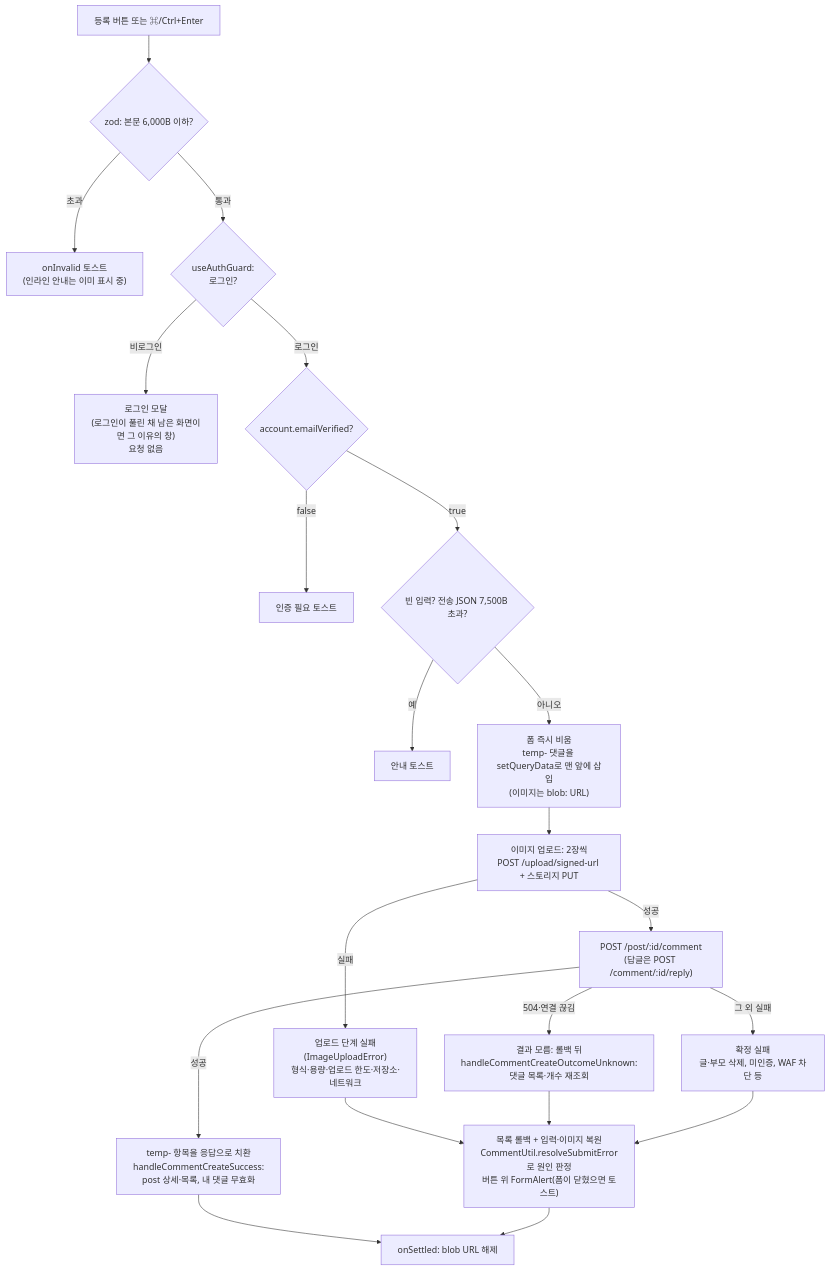
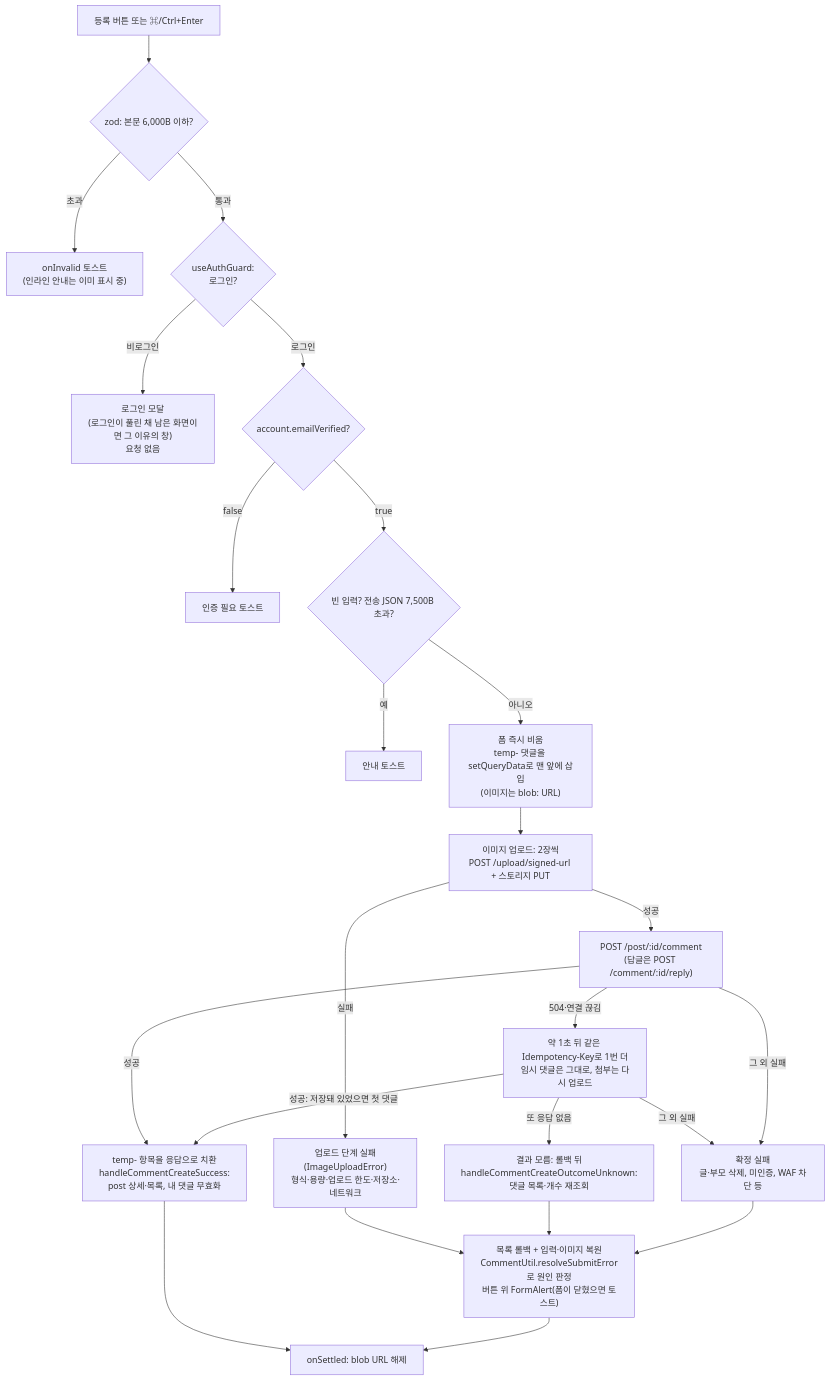
Before and after one commit to BAECHAN/link-sphere_FE_NEW: the diagram in docs/COMMENT.md, drawn with Mermaid. The commit also changed other lines of this file and 28 other files, not shown here.

````diff
--- a/docs/COMMENT.md
+++ b/docs/COMMENT.md
@@ -34,23 +34,26 @@
 ```mermaid
 flowchart TD
   Click["등록 버튼 또는 ⌘/Ctrl+Enter"] --> Zod{"zod: 본문 6,000B 이하?"}
   Zod -->|"초과"| TooLong["onInvalid 토스트<br/>(인라인 안내는 이미 표시 중)"]
   Zod -->|"통과"| Guard{"useAuthGuard:<br/>로그인?"}
   Guard -->|"비로그인"| LoginModal["로그인 모달<br/>(로그인이 풀린 채 남은 화면이면 그 이유의 창)<br/>요청 없음"]
   Guard -->|"로그인"| Verified{"account.emailVerified?"}
   Verified -->|"false"| VerifyToast["인증 필요 토스트"]
   Verified -->|"true"| Payload{"빈 입력? 전송 JSON 7,500B 초과?"}
   Payload -->|"예"| PayloadToast["안내 토스트"]
   Payload -->|"아니오"| Optimistic["폼 즉시 비움<br/>temp- 댓글을 setQueryData로 맨 앞에 삽입<br/>(이미지는 blob: URL)"]
   Optimistic --> Upload["이미지 업로드: 2장씩<br/>POST /upload/signed-url + 스토리지 PUT"]
   Upload -->|"실패"| UploadFail["업로드 단계 실패(ImageUploadError)<br/>형식·용량·업로드 한도·저장소·네트워크"]
   Upload -->|"성공"| Post["POST /post/:id/comment<br/>(답글은 POST /comment/:id/reply)"]
   Post -->|"성공"| Replace["temp- 항목을 응답으로 치환<br/>handleCommentCreateSuccess:<br/>post 상세·목록, 내 댓글 무효화"]
-  Post -->|"504·연결 끊김"| Unknown["결과 모름: 롤백 뒤<br/>handleCommentCreateOutcomeUnknown:<br/>댓글 목록·개수 재조회"]
+  Post -->|"504·연결 끊김"| Resend["약 1초 뒤 같은 Idempotency-Key로 1번 더<br/>임시 댓글은 그대로, 첨부는 다시 업로드"]
+  Resend -->|"성공: 저장돼 있었으면 첫 댓글"| Replace
+  Resend -->|"그 외 실패"| Settled
+  Resend -->|"또 응답 없음"| Unknown["결과 모름: 롤백 뒤<br/>handleCommentCreateOutcomeUnknown:<br/>댓글 목록·개수 재조회"]
   Post -->|"그 외 실패"| Settled["확정 실패<br/>글·부모 삭제, 미인증, WAF 차단 등"]
   UploadFail --> Rollback["목록 롤백 + 입력·이미지 복원<br/>CommentUtil.resolveSubmitError로 원인 판정<br/>버튼 위 FormAlert(폼이 닫혔으면 토스트)"]
   Unknown --> Rollback
   Settled --> Rollback
   Replace --> Revoke["onSettled: blob URL 해제"]
   Rollback --> Revoke
 ```
````
